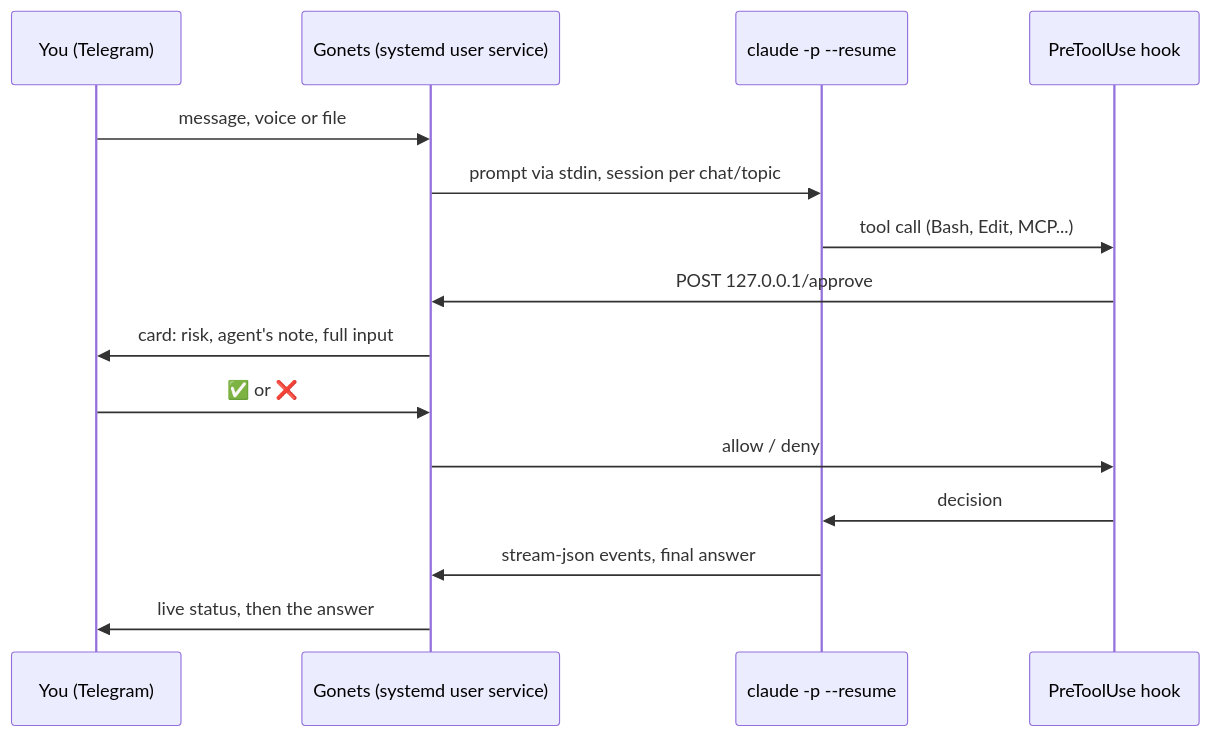
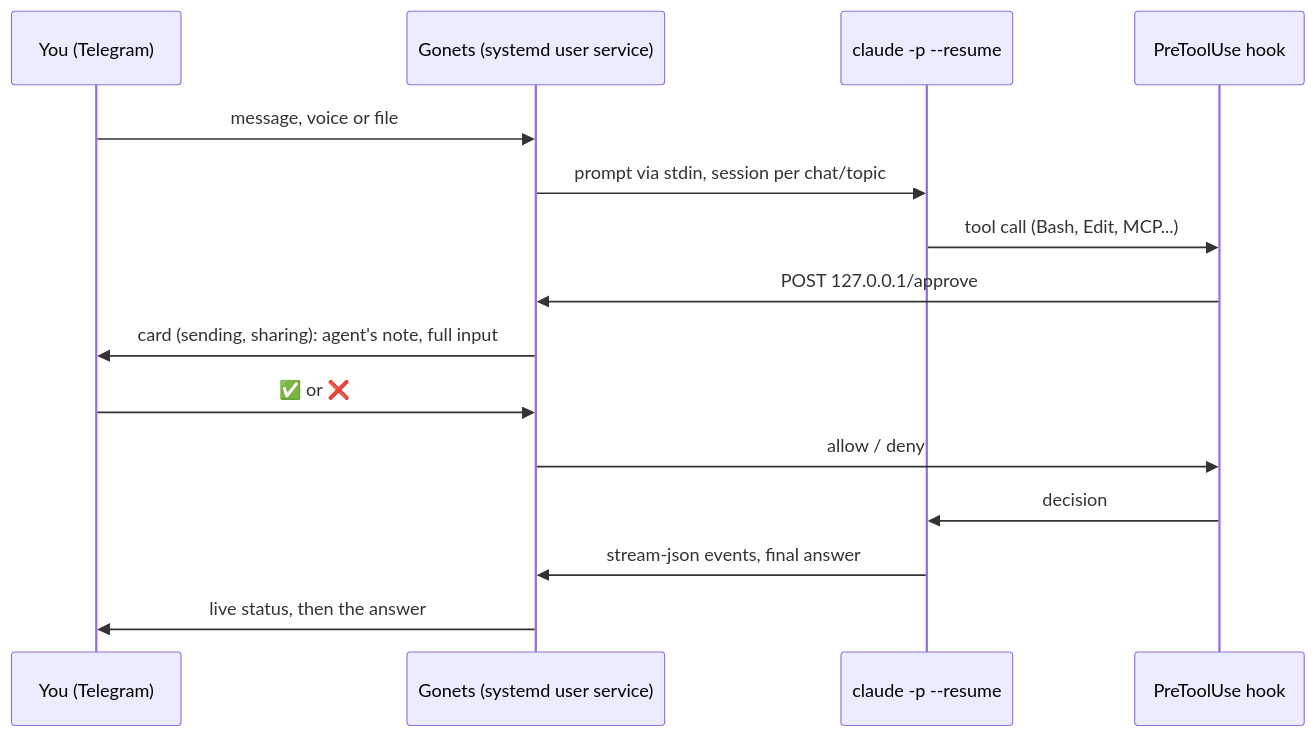
One commit to ivbala1/gonets changed the diagram in README.md. Above: the diagram before and after it, drawn with Mermaid. The commit also changed other lines of this file and 52 other files, not shown here.

````diff
--- a/README.md
+++ b/README.md
@@ -115,17 +115,17 @@
 ```mermaid
 sequenceDiagram
     participant You as You (Telegram)
     participant Bot as Gonets (systemd user service)
     participant CC as claude -p --resume
     participant Hook as PreToolUse hook
     You->>Bot: message, voice or file
     Bot->>CC: prompt via stdin, session per chat/topic
     CC->>Hook: tool call (Bash, Edit, MCP...)
     Hook->>Bot: POST 127.0.0.1/approve
-    Bot->>You: card: risk, agent's note, full input
+    Bot->>You: card (sending, sharing): agent's note, full input
     You->>Bot: ✅ or ❌
     Bot->>Hook: allow / deny
     Hook->>CC: decision
     CC->>Bot: stream-json events, final answer
     Bot->>You: live status, then the answer
 ```
````
